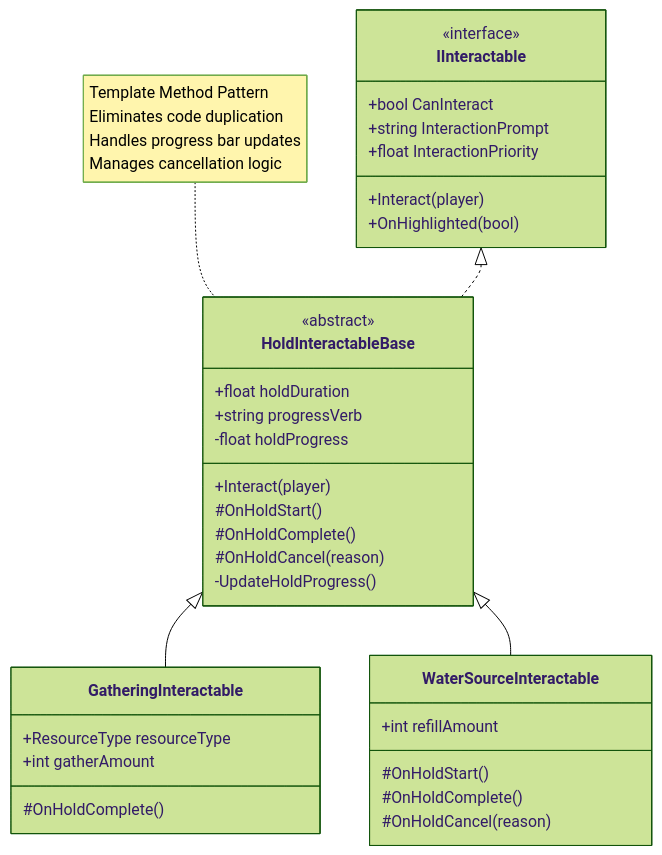
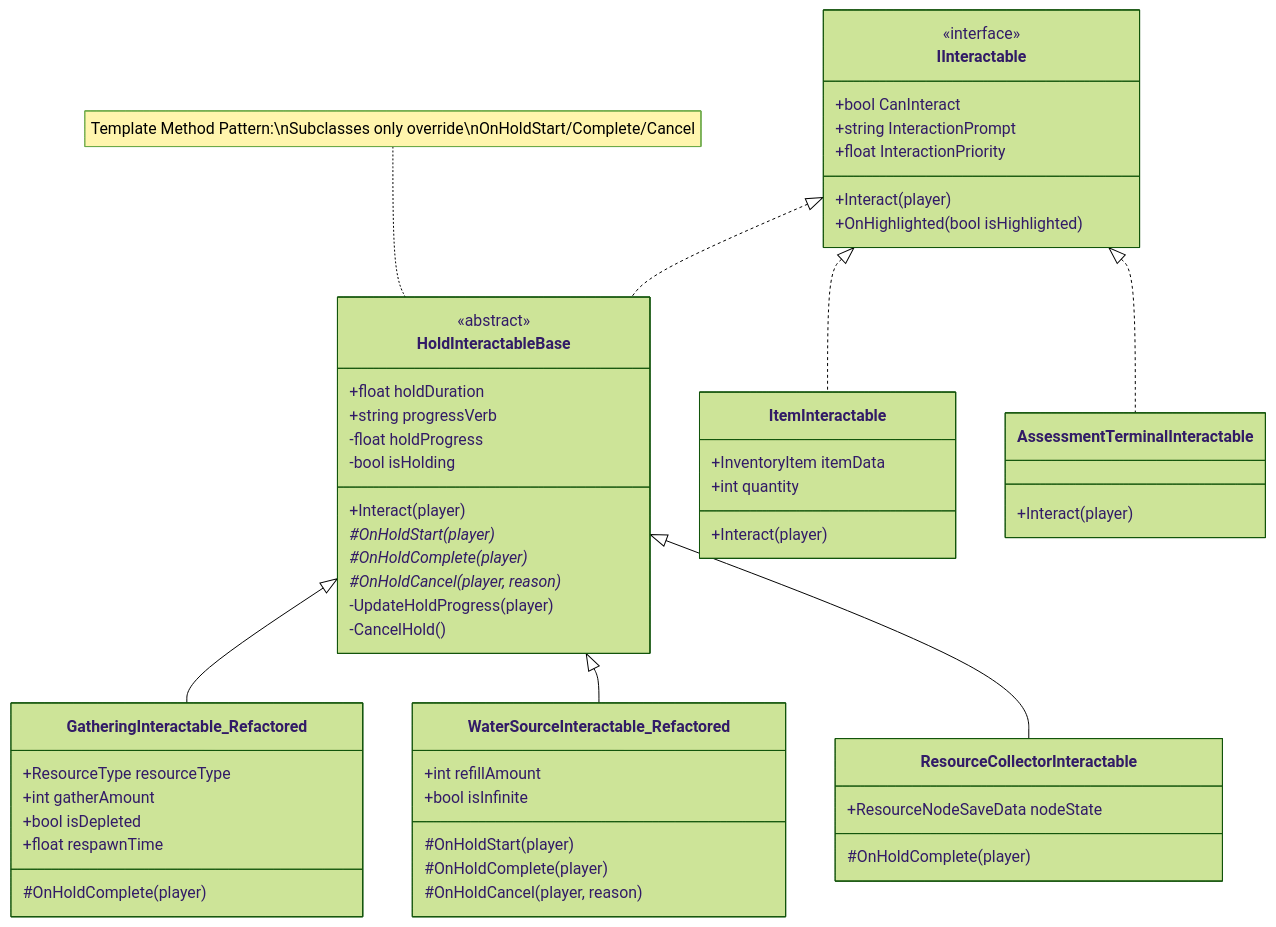
One commit to DontBeknown/so-PEAK changed diagram 13 of 20 in CODEBASE_MERMAID_DIAGRAMS.md. Above: the diagram before and after it, drawn with Mermaid (forest theme). The commit also changed other lines of this file and 49 other files, not shown here.

````diff
--- a/CODEBASE_MERMAID_DIAGRAMS.md
+++ b/CODEBASE_MERMAID_DIAGRAMS.md
@@ -488,45 +670,65 @@
 ```mermaid
 classDiagram
     class IInteractable {
         <<interface>>
         +bool CanInteract
         +string InteractionPrompt
         +float InteractionPriority
         +Interact(player)
-        +OnHighlighted(bool)
+        +OnHighlighted(bool isHighlighted)
     }
-    
+
     class HoldInteractableBase {
         <<abstract>>
         +float holdDuration
         +string progressVerb
         -float holdProgress
+        -bool isHolding
         +Interact(player)
-        #OnHoldStart()
-        #OnHoldComplete()
-        #OnHoldCancel(reason)
-        -UpdateHoldProgress()
+        #OnHoldStart(player)*
+        #OnHoldComplete(player)*
+        #OnHoldCancel(player, reason)*
+        -UpdateHoldProgress(player)
+        -CancelHold()
     }
-    
-    class GatheringInteractable {
+
+    class GatheringInteractable_Refactored {
         +ResourceType resourceType
         +int gatherAmount
-        #OnHoldComplete()
+        +bool isDepleted
+        +float respawnTime
+        #OnHoldComplete(player)
     }
-    
-    class WaterSourceInteractable {
+
+    class WaterSourceInteractable_Refactored {
         +int refillAmount
-        #OnHoldStart()
-        #OnHoldComplete()
-        #OnHoldCancel(reason)
+        +bool isInfinite
+        #OnHoldStart(player)
+        #OnHoldComplete(player)
+        #OnHoldCancel(player, reason)
     }
-    
+
+    class ResourceCollectorInteractable {
+        +ResourceNodeSaveData nodeState
+        #OnHoldComplete(player)
+    }
+
+    class ItemInteractable {
+        +InventoryItem itemData
+        +int quantity
+        +Interact(player)
+    }
+
+    class AssessmentTerminalInteractable {
+        +Interact(player)
+    }
+
     IInteractable <|.. HoldInteractableBase
-    HoldInteractableBase <|-- GatheringInteractable
-    HoldInteractableBase <|-- WaterSourceInteractable
-    
-    note for HoldInteractableBase "Template Method Pattern
-    Eliminates code duplication
-    Handles progress bar updates
-    Manages cancellation logic"
+    IInteractable <|.. ItemInteractable
+    IInteractable <|.. AssessmentTerminalInteractable
+    HoldInteractableBase <|-- GatheringInteractable_Refactored
+    HoldInteractableBase <|-- WaterSourceInteractable_Refactored
+    HoldInteractableBase <|-- ResourceCollectorInteractable
+
+    note for HoldInteractableBase "Template Method Pattern:\nSubclasses only override\nOnHoldStart/Complete/Cancel"
 ```
````
